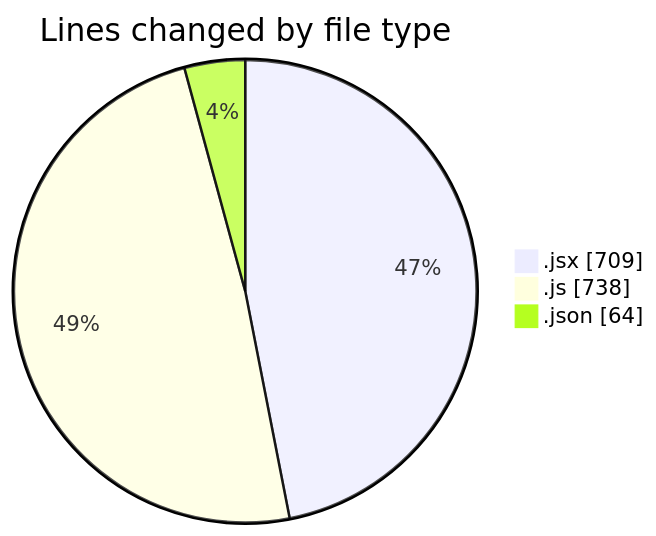
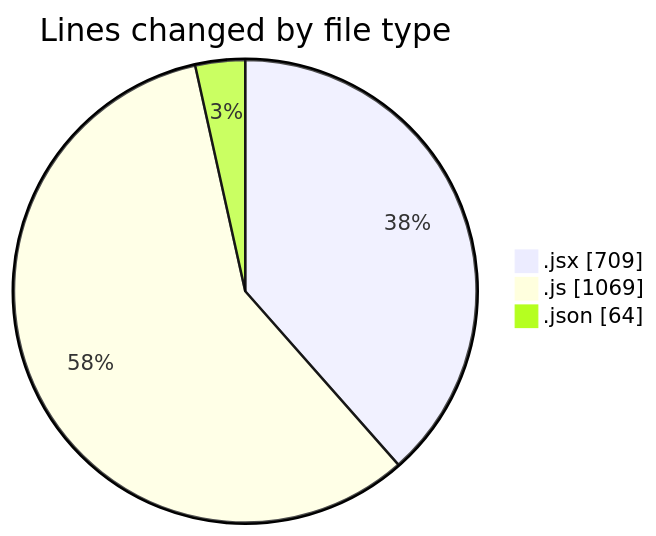
The first of 2 diagrams in 2025-11-05/nxtqube_webapp/README.md (nxtqubesakshisongat/code-tracking), drawn with Mermaid before and after one commit. The commit also changed other lines of this file and 1 other file, not shown here.

````diff
--- a/2025-11-05/nxtqube_webapp/README.md
+++ b/2025-11-05/nxtqube_webapp/README.md
@@ -27,7 +28,7 @@
 ```mermaid
 pie showData
 title Lines changed by file type
 ".jsx" : 709
-".js" : 738
+".js" : 1069
 ".json" : 64
 ```
````
